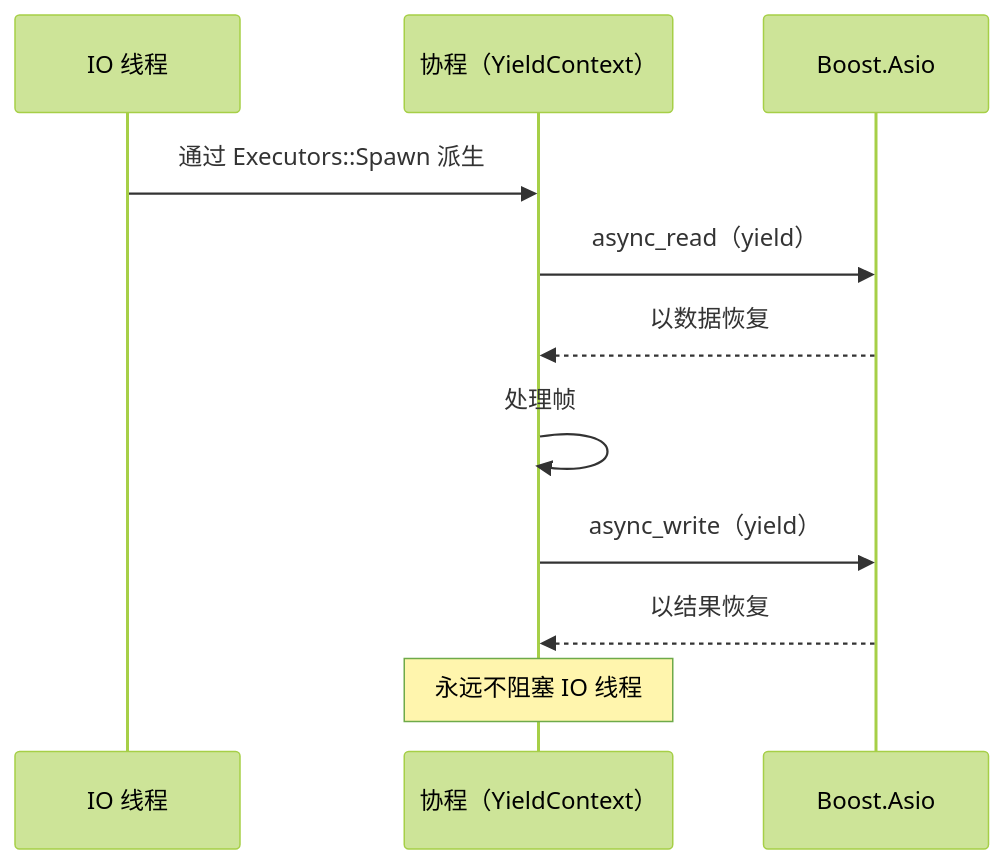
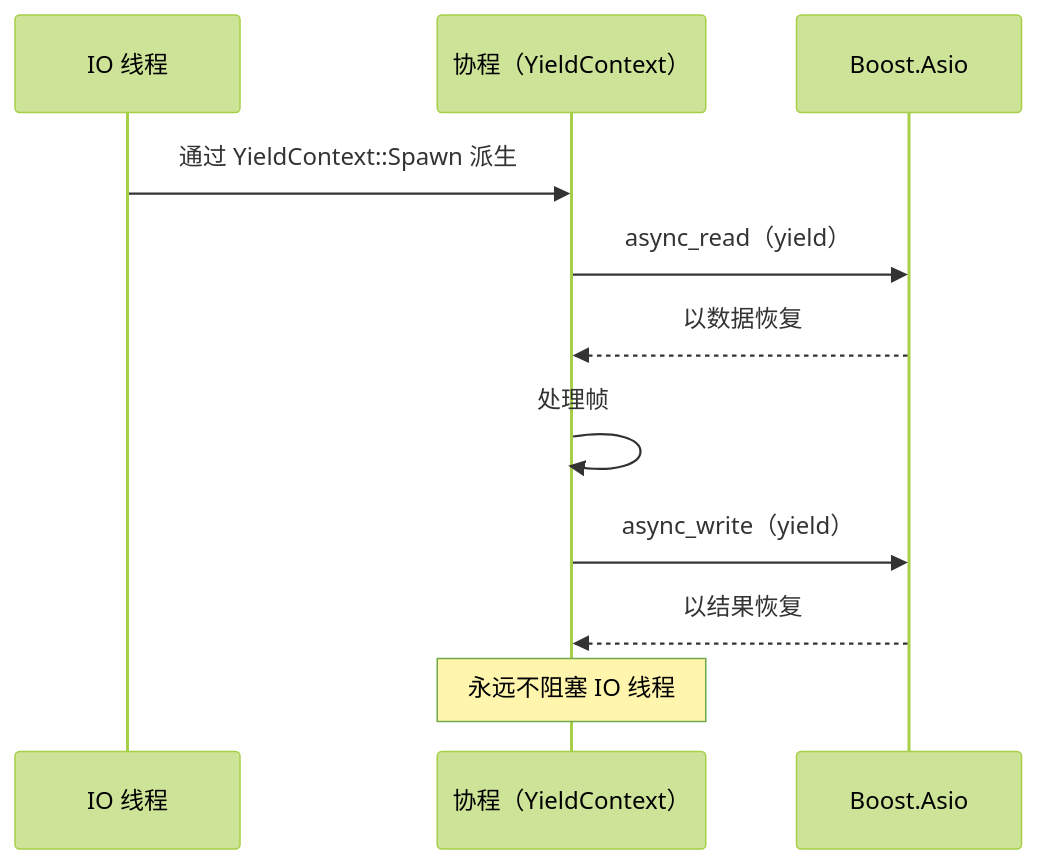
Before and after one commit to HyacinthHaru/openppp2: the fourth of 11 diagrams in docs/SOURCE_READING_GUIDE_CN.md, drawn with Mermaid (forest theme). The commit also changed other lines of this file and 80 other files, not shown here.

````diff
--- a/docs/SOURCE_READING_GUIDE_CN.md
+++ b/docs/SOURCE_READING_GUIDE_CN.md
@@ -140,14 +140,14 @@
 ```mermaid
 sequenceDiagram
     participant Thread as IO 线程
     participant Coroutine as 协程（YieldContext）
     participant Asio as Boost.Asio
 
-    Thread->>Coroutine: 通过 Executors::Spawn 派生
+    Thread->>Coroutine: 通过 YieldContext::Spawn 派生
     Coroutine->>Asio: async_read（yield）
     Asio-->>Coroutine: 以数据恢复
     Coroutine->>Coroutine: 处理帧
     Coroutine->>Asio: async_write（yield）
     Asio-->>Coroutine: 以结果恢复
     Note over Coroutine: 永远不阻塞 IO 线程
 ```
````
